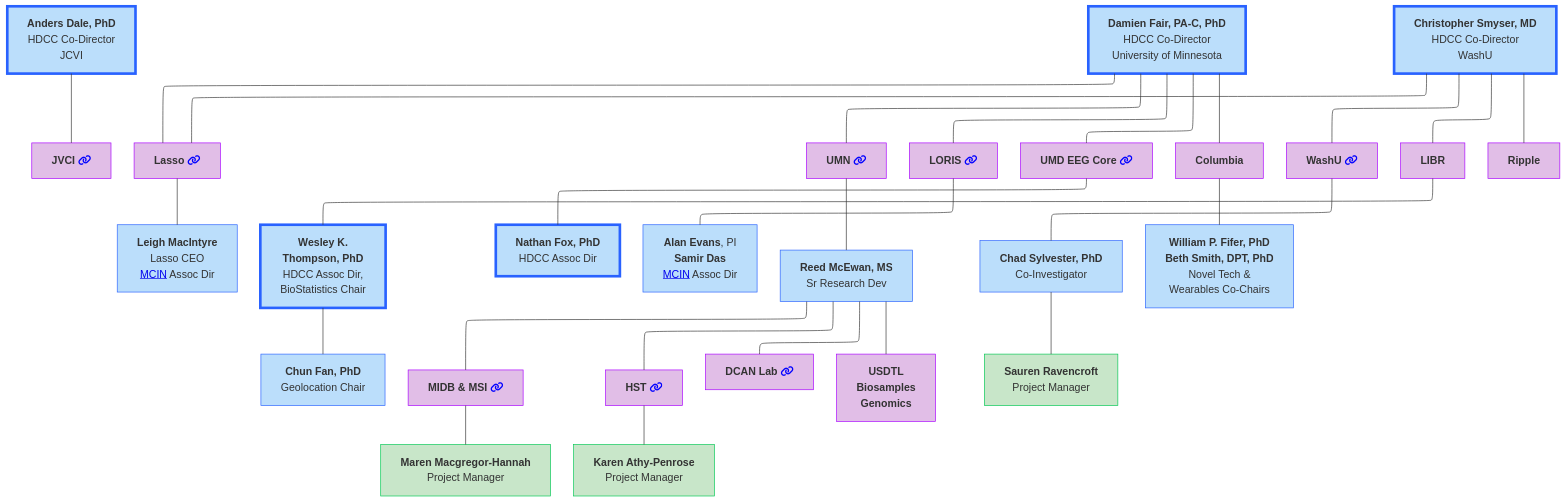
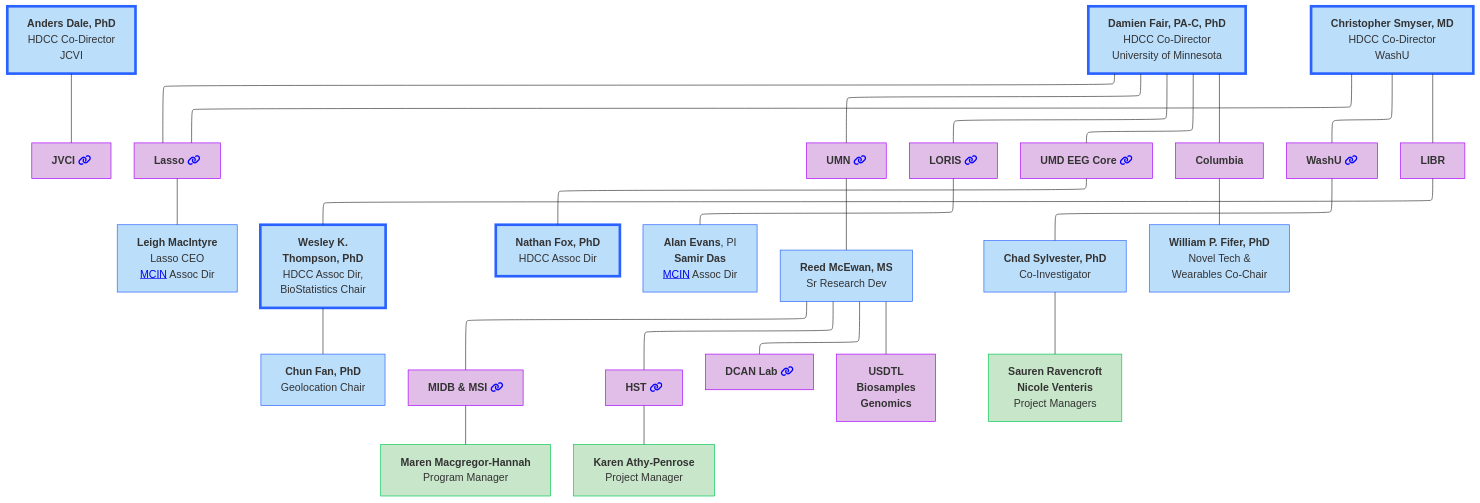
The first of 10 diagrams in docs/orgcharts.md (DCAN-Labs/hbcd-docs-internal), drawn with Mermaid before and after one commit.

Commit message:
update overview

````diff
--- a/docs/orgcharts.md
+++ b/docs/orgcharts.md
@@ -12,59 +12,57 @@
 ```mermaid
 ---
 config:
   layout: elk
 ---
 flowchart TB
     n2["<b>Anders Dale, PhD<br></b>HDCC Co-Director<br>JCVI"] --- jvci["<b>JVCI</b> <i class="fa-solid fa-link" style="color: blue;"></i>"]
     E["<b>Damien Fair, PA-C, PhD</b><br>HDCC Co-Director<br>University of Minnesota"] --- lasso["<b>Lasso</b> <i class="fa-solid fa-link" style="color: blue;"></i>"] & umn["<b>UMN</b> <i class="fa-solid fa-link" style="color: blue;"></i>"] & n7["<b>LORIS</b> <i class="fa-solid fa-link" style="color: blue;"></i>"] & n8["<b>UMD EEG Core</b> <i class="fa-solid fa-link" style="color: blue;"></i>"] & n11["<b>Columbia</b>"]
     lasso --- lasso1["<b>Leigh MacIntyre</b><br>Lasso CEO<br><a href="https://mcin.ca/about-mcin/" target="_blank">MCIN</a> Assoc Dir"]
     n1["<b>Christopher Smyser, MD<br></b>HDCC Co-Director<br>WashU"] --- n10["<b>WashU</b> <i class="fa-solid fa-link" style="color: blue;"></i>"] & n12["<b>LIBR</b>"] & lasso
     n16["<b>Wesley K.<br>Thompson, PhD</b><br>HDCC Assoc Dir,<br>BioStatistics Chair"] --- n17["<b>Chun Fan, PhD</b><br>Geolocation Chair"]
     n12 --- n16
     n8 --- n19["<b>Nathan Fox, PhD<br></b>HDCC Assoc Dir"]
     n7 --- n20["<b>Alan Evans</b>, PI<br><b>Samir Das</b><br><a href="https://mcin.ca/about-mcin/" target="_blank">MCIN</a> Assoc Dir"]
     umn --- reed["<b>Reed McEwan, MS</b><br>Sr Research Dev"]
     n10 --- n22["<b>Chad Sylvester, PhD</b><br>Co-Investigator"]
-    n11 --- n18["<b>William P. Fifer, PhD</b><br><b>Beth Smith, DPT, PhD</b><br>Novel Tech &<br>Wearables Co-Chairs"]
+    n11 --- n18["<b>William P. Fifer, PhD</b><br>Novel Tech &<br>Wearables Co-Chair"]
     reed --- n25["<b>MIDB &amp; MSI</b> <i class="fa-solid fa-link" style="color: blue;"></i>"] & n27["<b>HST</b> <i class="fa-solid fa-link" style="color: blue;"></i>"] & n28["<b>DCAN Lab</b> <i class="fa-solid fa-link" style="color: blue;"></i>"] & n29["<b>USDTL<br>Biosamples<br>Genomics</b>"]
-    n25 --- n30["<b>Maren Macgregor-Hannah</b><br>Project Manager"]
+    n25 --- n30["<b>Maren Macgregor-Hannah</b><br>Program Manager"]
     n27 --- n31["<b>Karen Athy-Penrose</b><br>Project Manager"]
-    n22 --- n32["<b>Sauren Ravencroft</b><br>Project Manager"]
-    n1 --- n24["<b>Ripple</b>"]
+    n22 --- n32["<b>Sauren Ravencroft<br>Nicole Venteris</b><br>Project Managers"]
     style n2 fill:#BBDEFB,stroke:#2962FF,stroke-width:4px
     style jvci fill:#E1BEE7,stroke:#AA00FF
     style E fill:#BBDEFB,stroke:#2962FF,stroke-width:4px
     style lasso fill:#E1BEE7,stroke:#AA00FF
     style umn fill:#E1BEE7,stroke:#AA00FF
     style n7 fill:#E1BEE7,stroke:#AA00FF
     style n8 fill:#E1BEE7,stroke:#AA00FF
     style n11 fill:#E1BEE7,stroke:#AA00FF
     style lasso1 fill:#BBDEFB,stroke:#2962FF
     style n1 fill:#BBDEFB,stroke:#2962FF,stroke-width:4px
     style n10 fill:#E1BEE7,stroke:#AA00FF
     style n12 fill:#E1BEE7,stroke:#AA00FF
     style n16 fill:#BBDEFB,stroke:#2962FF,stroke-width:4px
     style n17 fill:#BBDEFB,stroke:#2962FF
     style n19 fill:#BBDEFB,stroke:#2962FF,stroke-width:4px
     style n20 fill:#BBDEFB,stroke:#2962FF
     style reed fill:#BBDEFB,stroke:#2962FF
     style n22 fill:#BBDEFB,stroke:#2962FF
-    style n24 fill:#E1BEE7,stroke:#AA00FF
     style n18 fill:#BBDEFB,stroke:#2962FF
     style n25 fill:#E1BEE7,stroke:#AA00FF
     style n27 fill:#E1BEE7,stroke:#AA00FF
     style n28 fill:#E1BEE7,stroke:#AA00FF
     style n29 fill:#E1BEE7,stroke:#AA00FF
     style n30 fill:#C8E6C9,stroke:#00C853
     style n31 fill:#C8E6C9,stroke:#00C853
     style n32 fill:#C8E6C9,stroke:#00C853
     click jvci "#j-craig-venter-institute"
     click lasso "#lasso"
     click umn "#university-of-minnesota"
     click n7 "#loris"
     click n8 "#university-of-maryland-eeg-core"
     click n10 "#washu"
     click n25 "#midb-informatics-hub-msi"
     click n27 "#health-sciences-technology"
     click n28 "#dcan-lab"
 ```
````
